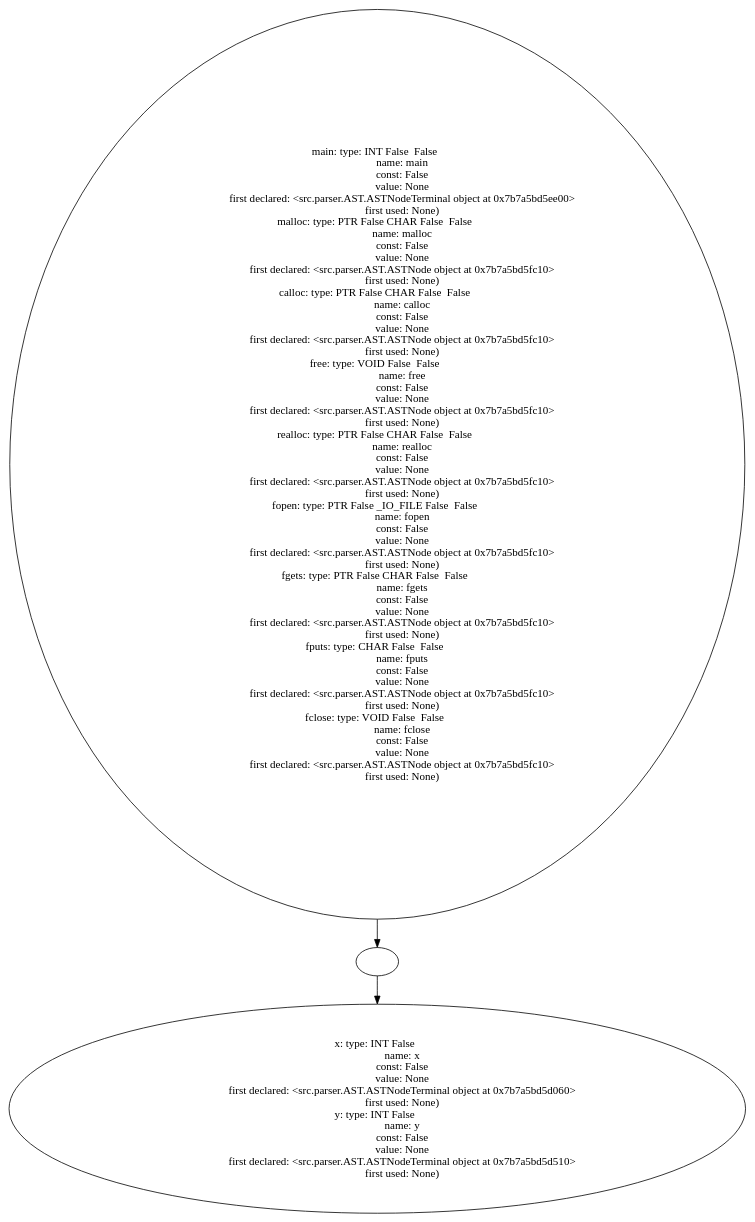
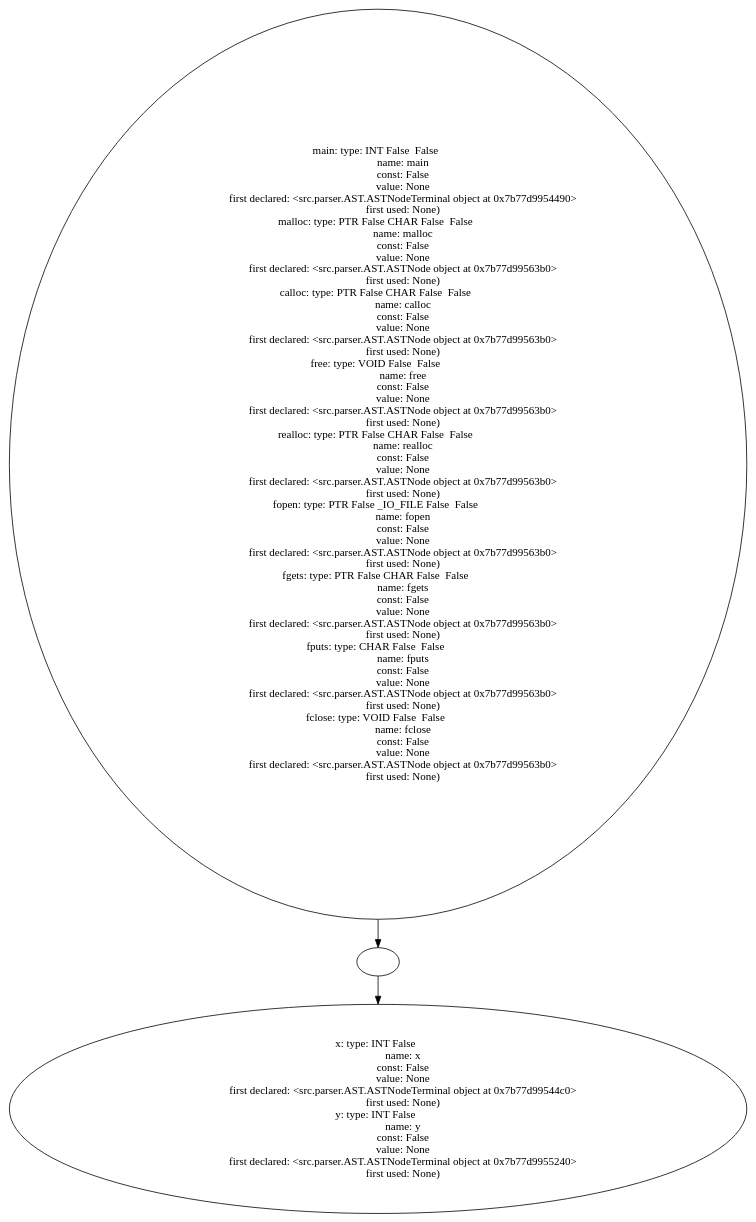
Before and after one commit to Are-you-listening/Compilers: the diagram in example_source_files/43_printf_and_scanf/43_printf_and_scanf_table.dot, drawn with Graphviz. The commit also changed 286 other files, not shown here.

```diff
--- a/example_source_files/43_printf_and_scanf/43_printf_and_scanf_table.dot
+++ b/example_source_files/43_printf_and_scanf/43_printf_and_scanf_table.dot
@@ -1,71 +1,71 @@
 digraph AST {
-  "135765456977104" [label="main: type: INT False  False  
+  "135754681772656" [label="main: type: INT False  False  
                    name: main
                    const: False
                    value: None
-                   first declared: <src.parser.AST.ASTNodeTerminal object at 0x7b7a5bd5ee00>
+                   first declared: <src.parser.AST.ASTNodeTerminal object at 0x7b77d9954490>
                    first used: None)
 malloc: type: PTR False CHAR False  False  
                    name: malloc
                    const: False
                    value: None
-                   first declared: <src.parser.AST.ASTNode object at 0x7b7a5bd5fc10>
+                   first declared: <src.parser.AST.ASTNode object at 0x7b77d99563b0>
                    first used: None)
 calloc: type: PTR False CHAR False  False  
                    name: calloc
                    const: False
                    value: None
-                   first declared: <src.parser.AST.ASTNode object at 0x7b7a5bd5fc10>
+                   first declared: <src.parser.AST.ASTNode object at 0x7b77d99563b0>
                    first used: None)
 free: type: VOID False  False  
                    name: free
                    const: False
                    value: None
-                   first declared: <src.parser.AST.ASTNode object at 0x7b7a5bd5fc10>
+                   first declared: <src.parser.AST.ASTNode object at 0x7b77d99563b0>
                    first used: None)
 realloc: type: PTR False CHAR False  False  
                    name: realloc
                    const: False
                    value: None
-                   first declared: <src.parser.AST.ASTNode object at 0x7b7a5bd5fc10>
+                   first declared: <src.parser.AST.ASTNode object at 0x7b77d99563b0>
                    first used: None)
 fopen: type: PTR False _IO_FILE False  False  
                    name: fopen
                    const: False
                    value: None
-                   first declared: <src.parser.AST.ASTNode object at 0x7b7a5bd5fc10>
+                   first declared: <src.parser.AST.ASTNode object at 0x7b77d99563b0>
                    first used: None)
 fgets: type: PTR False CHAR False  False  
                    name: fgets
                    const: False
                    value: None
-                   first declared: <src.parser.AST.ASTNode object at 0x7b7a5bd5fc10>
+                   first declared: <src.parser.AST.ASTNode object at 0x7b77d99563b0>
                    first used: None)
 fputs: type: CHAR False  False  
                    name: fputs
                    const: False
                    value: None
-                   first declared: <src.parser.AST.ASTNode object at 0x7b7a5bd5fc10>
+                   first declared: <src.parser.AST.ASTNode object at 0x7b77d99563b0>
                    first used: None)
 fclose: type: VOID False  False  
                    name: fclose
                    const: False
                    value: None
-                   first declared: <src.parser.AST.ASTNode object at 0x7b7a5bd5fc10>
+                   first declared: <src.parser.AST.ASTNode object at 0x7b77d99563b0>
                    first used: None)"];
-  "135765456977104" -> "135765456964816";
-  "135765456964816" [label=""];
-  "135765456964816" -> "135765456976096";
-  "135765456976096" [label="x: type: INT False  
+  "135754681772656" -> "135754681775632";
+  "135754681775632" [label=""];
+  "135754681775632" -> "135754681775008";
+  "135754681775008" [label="x: type: INT False  
                    name: x
                    const: False
                    value: None
-                   first declared: <src.parser.AST.ASTNodeTerminal object at 0x7b7a5bd5d060>
+                   first declared: <src.parser.AST.ASTNodeTerminal object at 0x7b77d99544c0>
                    first used: None)
 y: type: INT False  
                    name: y
                    const: False
                    value: None
-                   first declared: <src.parser.AST.ASTNodeTerminal object at 0x7b7a5bd5d510>
+                   first declared: <src.parser.AST.ASTNodeTerminal object at 0x7b77d9955240>
                    first used: None)"];
 }
```
